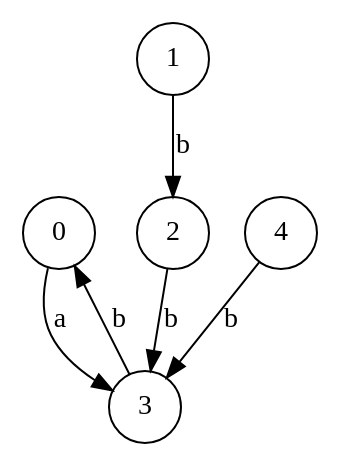
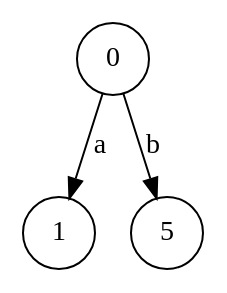
One commit to Reithger/Finite-State-Machine-Model changed the diagram in dotsource.dot. Above: the diagram before and after it, drawn with Graphviz. The commit also changed 4 other files, not shown here.

```diff
--- a/dotsource.dot
+++ b/dotsource.dot
@@ -1,12 +1,7 @@
 digraph G {
 "n0"[label="0"shape=circle color="black"];
 "n1"[label="1"shape=circle color="black"];
-"n2"[label="2"shape=circle color="black"];
-"n3"[label="3"shape=circle color="black"];
-"n4"[label="4"shape=circle color="black"];
-{"n0"}->{"n3"}[label = "a" color="black" arrowhead="normal"];
-{"n1"}->{"n2"}[label = "b" color="black" arrowhead="normal"];
-{"n2"}->{"n3"}[label = "b" color="black" arrowhead="normal"];
-{"n3"}->{"n0"}[label = "b" color="black" arrowhead="normal"];
-{"n4"}->{"n3"}[label = "b" color="black" arrowhead="normal"];
+"n2"[label="5"shape=circle color="black"];
+{"n0"}->{"n1"}[label = "a" color="black" arrowhead="normal"];
+{"n0"}->{"n2"}[label = "b" color="black" arrowhead="normal"];
 }
```
